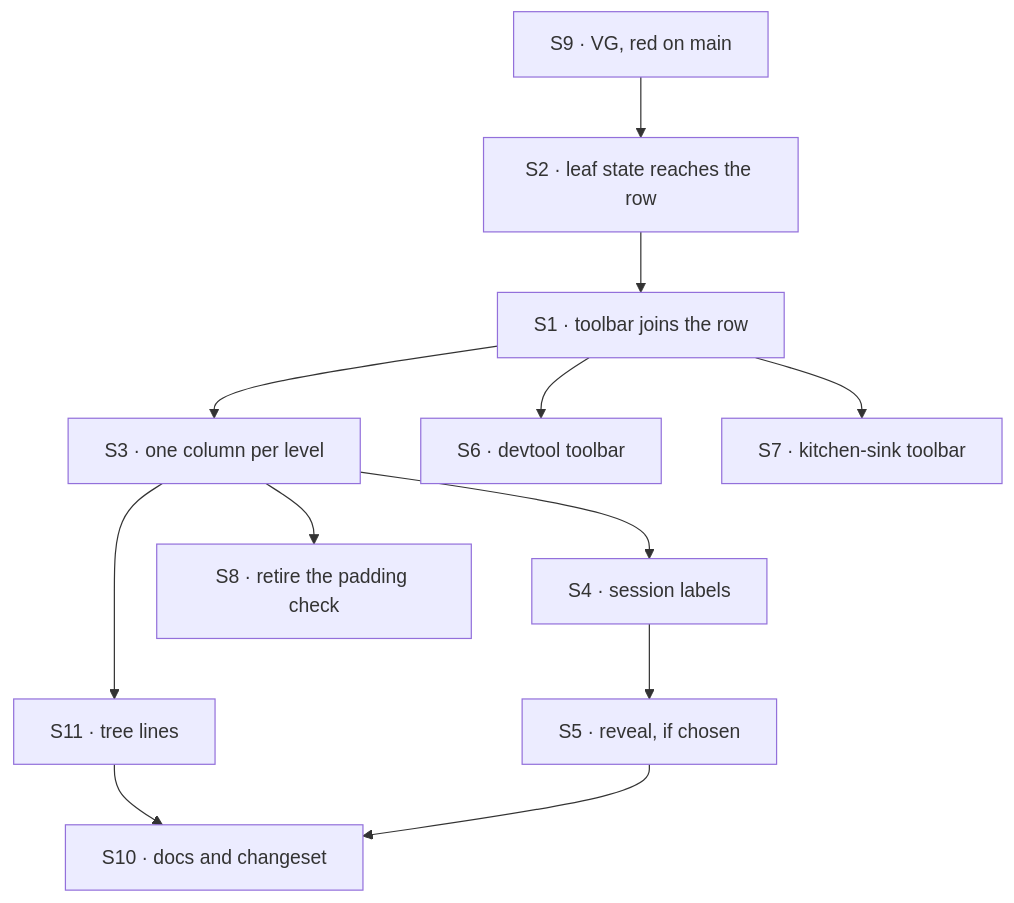
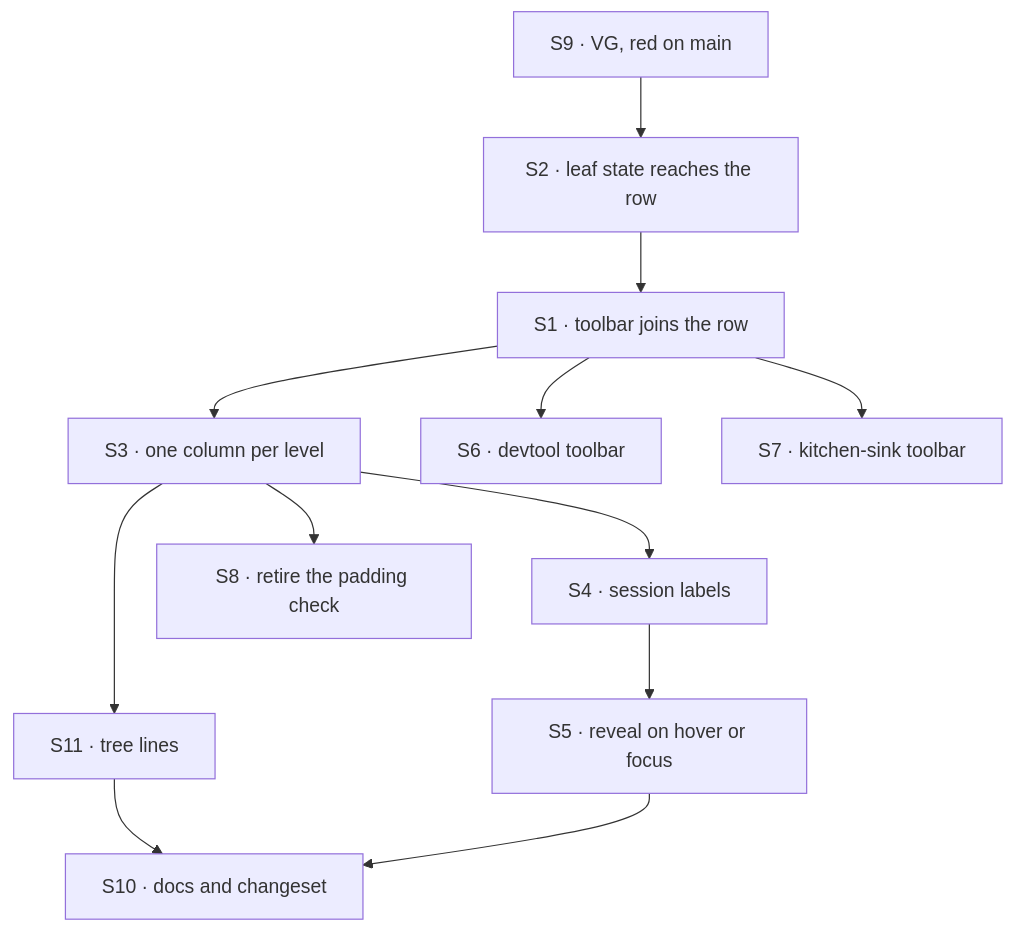
The diagram in specs/issues/FIX-1561/PLAN.md (fixpoint-labs/flow-state-dev), drawn with Mermaid before and after one commit. The commit also changed other lines of this file and 13 other files, not shown here.

First line of the commit message:
spec(FIX-1561): owner answer, row actions show on hover or focus

````diff
--- a/specs/issues/FIX-1561/PLAN.md
+++ b/specs/issues/FIX-1561/PLAN.md
@@ -27,14 +26,14 @@
 ```mermaid
 flowchart TD
   S9["S9 · VG, red on main"] --> S2["S2 · leaf state reaches the row"]
   S2 --> S1["S1 · toolbar joins the row"]
   S1 --> S3["S3 · one column per level"]
   S3 --> S4["S4 · session labels"]
-  S4 --> S5["S5 · reveal, if chosen"]
+  S4 --> S5["S5 · reveal on hover or focus"]
   S1 --> S6["S6 · devtool toolbar"]
   S1 --> S7["S7 · kitchen-sink toolbar"]
   S3 --> S11["S11 · tree lines"]
   S3 --> S8["S8 · retire the padding check"]
   S11 --> S10["S10 · docs and changeset"]
   S5 --> S10
 ```
````
